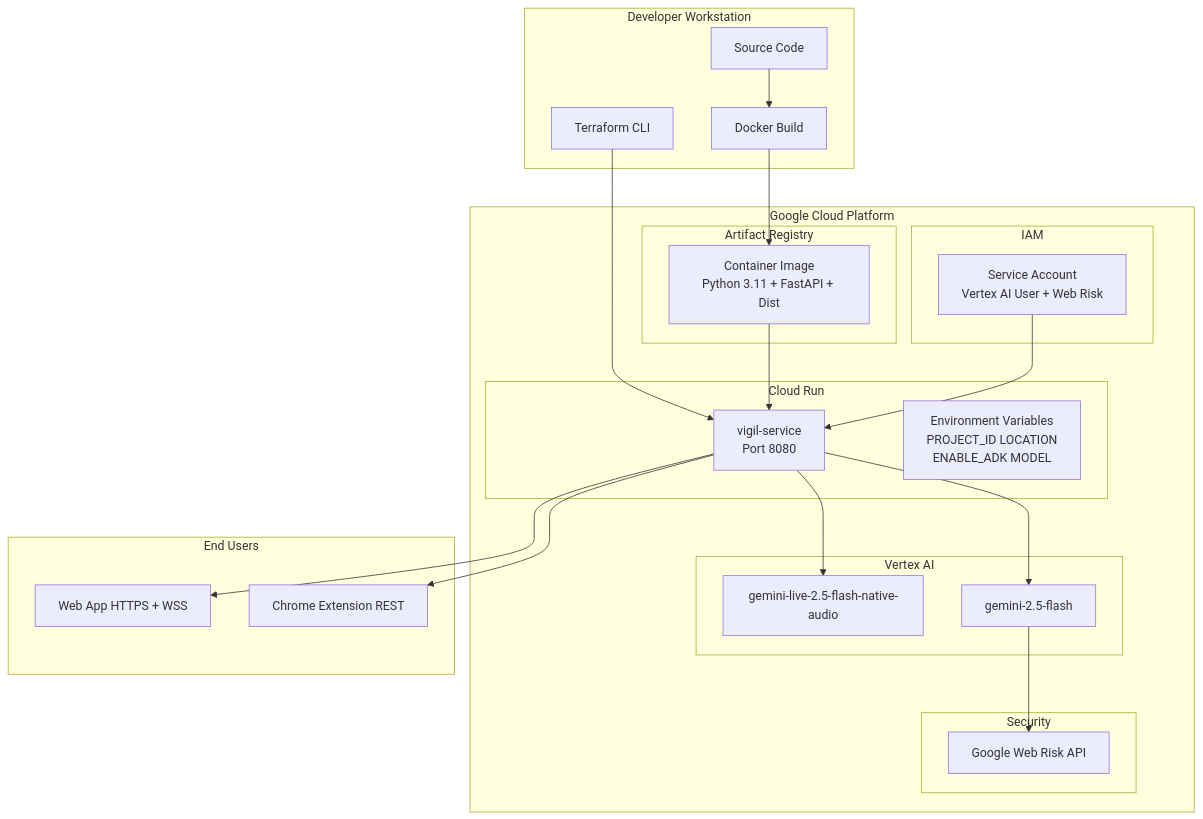
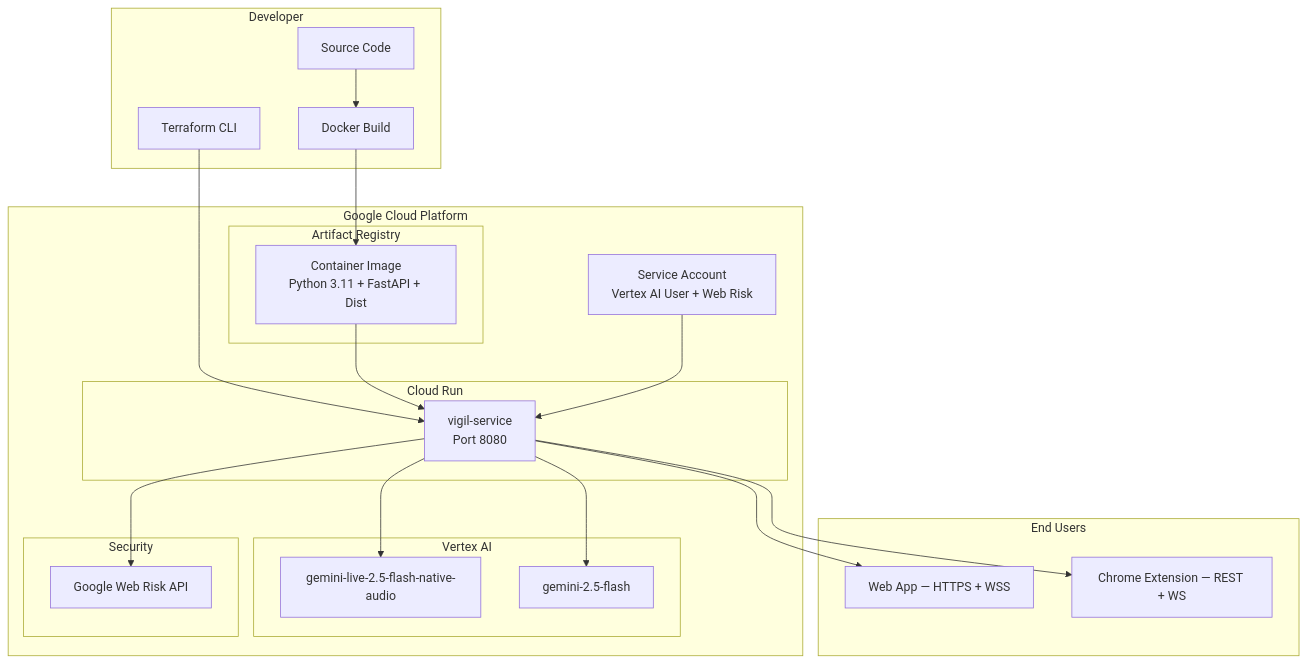
Before and after one commit to vigneshbarani24/resolve-vigil: the ninth of 10 diagrams in docs/architecture-diagrams.md, drawn with Mermaid. The commit also changed other lines of this file and 19 other files, not shown here.

````diff
--- a/docs/architecture-diagrams.md
+++ b/docs/architecture-diagrams.md
@@ -489,48 +450,45 @@
 ```mermaid
 flowchart TB
-    subgraph DEV["Developer Workstation"]
+    subgraph DEV["Developer"]
         CODE[Source Code]
         TF[Terraform CLI]
         DOCKER[Docker Build]
     end
 
     subgraph GCP["Google Cloud Platform"]
         subgraph AR["Artifact Registry"]
             IMAGE[Container Image<br/>Python 3.11 + FastAPI + Dist]
         end
 
         subgraph CR["Cloud Run"]
             SERVICE[vigil-service<br/>Port 8080]
-            ENV[Environment Variables<br/>PROJECT_ID LOCATION<br/>ENABLE_ADK MODEL]
         end
 
         subgraph VAI["Vertex AI"]
             LIVE_MODEL[gemini-live-2.5-flash-native-audio]
             FLASH_MODEL[gemini-2.5-flash]
         end
 
         subgraph SEC["Security"]
             WEBRISK_API[Google Web Risk API]
         end
 
-        subgraph IAM_BLOCK["IAM"]
-            SA[Service Account<br/>Vertex AI User + Web Risk]
-        end
+        SA[Service Account<br/>Vertex AI User + Web Risk]
     end
 
     subgraph USERS["End Users"]
-        BROWSER[Web App HTTPS + WSS]
-        EXT[Chrome Extension REST]
+        BROWSER[Web App — HTTPS + WSS]
+        EXT[Chrome Extension — REST + WS]
     end
 
     CODE --> DOCKER
     DOCKER --> IMAGE
     TF --> SERVICE
     IMAGE --> SERVICE
     SA --> SERVICE
     SERVICE --> BROWSER
     SERVICE --> EXT
     SERVICE --> LIVE_MODEL
     SERVICE --> FLASH_MODEL
-    FLASH_MODEL --> WEBRISK_API
+    SERVICE --> WEBRISK_API
 ```
````
